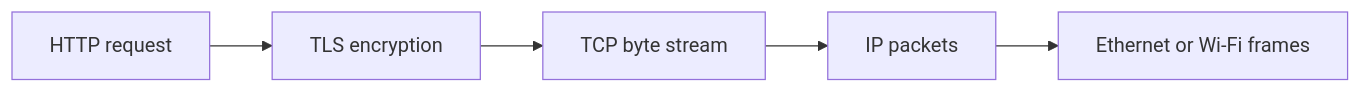
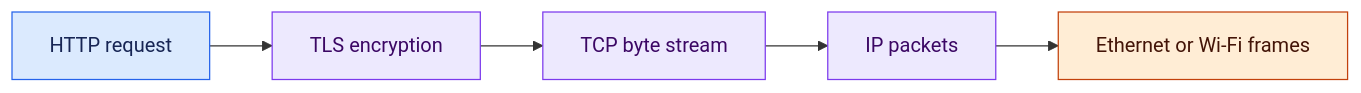
Before and after one commit to Shaktiprasadram22/system-design-26-week-roadmap: the first of 4 diagrams in chapters/01-foundations.md, drawn with Mermaid. The commit also changed other lines of this file and 21 other files, not shown here.

````diff
--- a/chapters/01-foundations.md
+++ b/chapters/01-foundations.md
@@ -38,7 +41,15 @@
 ```mermaid
 flowchart LR
     A["HTTP request"] --> B["TLS encryption"]
     B --> C["TCP byte stream"]
     C --> D["IP packets"]
     D --> E["Ethernet or Wi-Fi frames"]
+
+    classDef input fill:#dbeafe,stroke:#2563eb,color:#172554;
+    classDef service fill:#ede9fe,stroke:#7c3aed,color:#3b0764;
+    classDef data fill:#ccfbf1,stroke:#0f766e,color:#134e4a;
+    classDef edge fill:#ffedd5,stroke:#c2410c,color:#431407;
+    class A input;
+    class B,C,D service;
+    class E edge;
 ```
````
